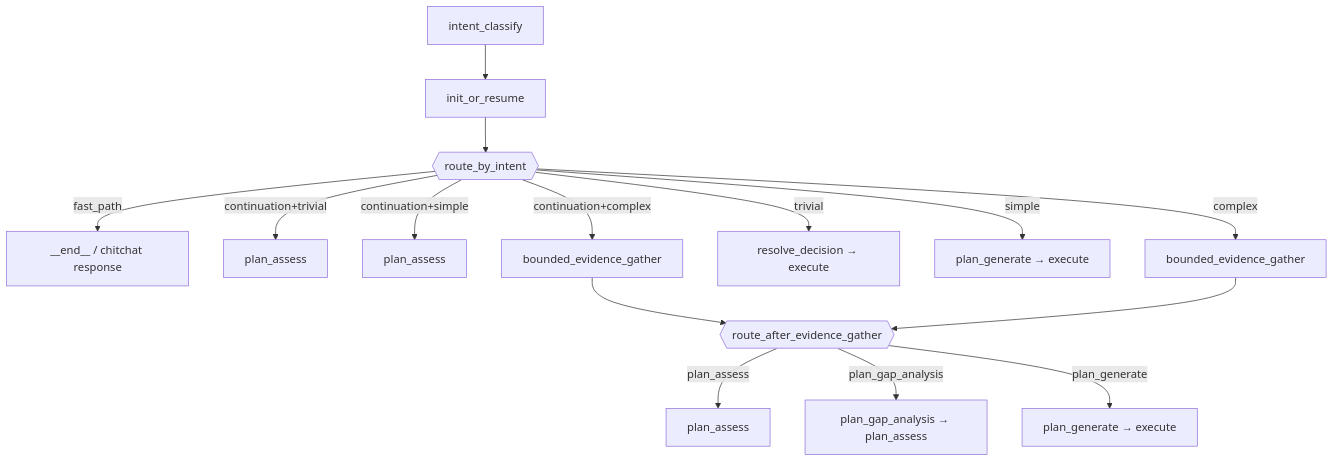
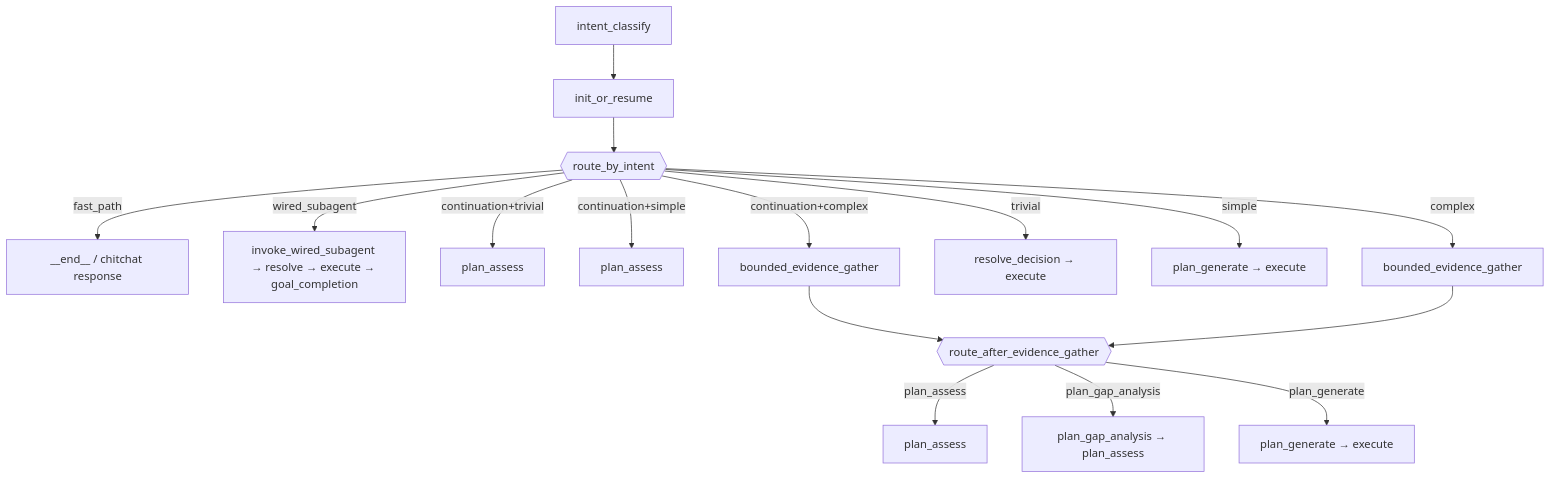
The diagram in docs/diagrams/strange_loop_graph_nodes.md (OpenSoothe/soothe), drawn with Mermaid before and after one commit. The commit also changed other lines of this file and 39 other files, not shown here.

````diff
--- a/docs/diagrams/strange_loop_graph_nodes.md
+++ b/docs/diagrams/strange_loop_graph_nodes.md
@@ -36,17 +46,18 @@
 ```mermaid
 flowchart TD
     IC[intent_classify] --> IOR[init_or_resume]
     IOR --> R{{route_by_intent}}
     R -->|fast_path| END1[__end__ / chitchat response]
+    R -->|wired_subagent| IWS[invoke_wired_subagent → resolve → execute → goal_completion]
     R -->|continuation+trivial| PA[plan_assess]
     R -->|continuation+simple| PA2[plan_assess]
     R -->|continuation+complex| BEG[bounded_evidence_gather]
     R -->|trivial| RD[resolve_decision → execute]
     R -->|simple| PG2[plan_generate → execute]
     R -->|complex| BEG2[bounded_evidence_gather]
     BEG --> PGA{{route_after_evidence_gather}}
     BEG2 --> PGA
     PGA -->|plan_assess| PA3[plan_assess]
     PGA -->|plan_gap_analysis| PGA2[plan_gap_analysis → plan_assess]
     PGA -->|plan_generate| PG3[plan_generate → execute]
 ```
````
